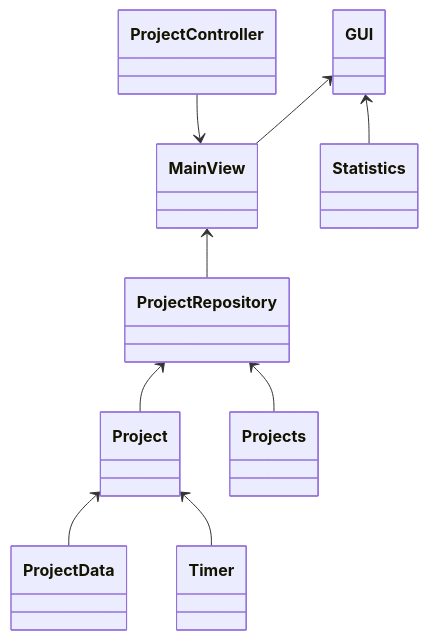
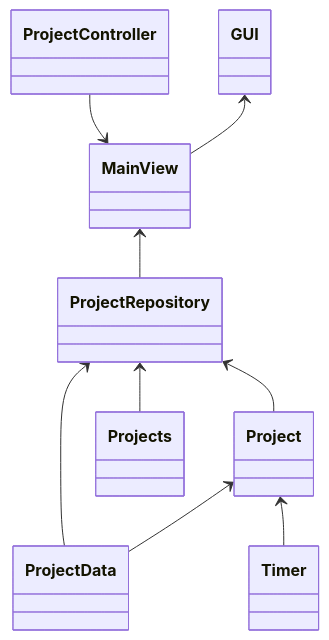
Before and after one commit to Capscience/ot-harjoitustyo: the diagram in dokumentaatio/arkkitehtuuri.md, drawn with Mermaid. The commit also changed 6 other files, not shown here.

````diff
--- a/dokumentaatio/arkkitehtuuri.md
+++ b/dokumentaatio/arkkitehtuuri.md
@@ -13,29 +13,27 @@
 ```mermaid
 classDiagram
     GUI <-- MainView
-    GUI <-- Statistics
     ProjectController --> MainView
     MainView <-- ProjectRepository
     ProjectRepository <-- Project
     ProjectRepository <-- Projects
     Project <-- ProjectData
+    ProjectRepository <-- ProjectData
     Project <-- Timer
     class GUI{
     }
     class MainView{
     }
     class ProjectController{
-    }
-    class Statistics{
     }
     class ProjectRepository{
     }
     class Project{
     }
     class Timer{
     }
     class Projects{
     }
     class ProjectData{
     }
 ```
````
